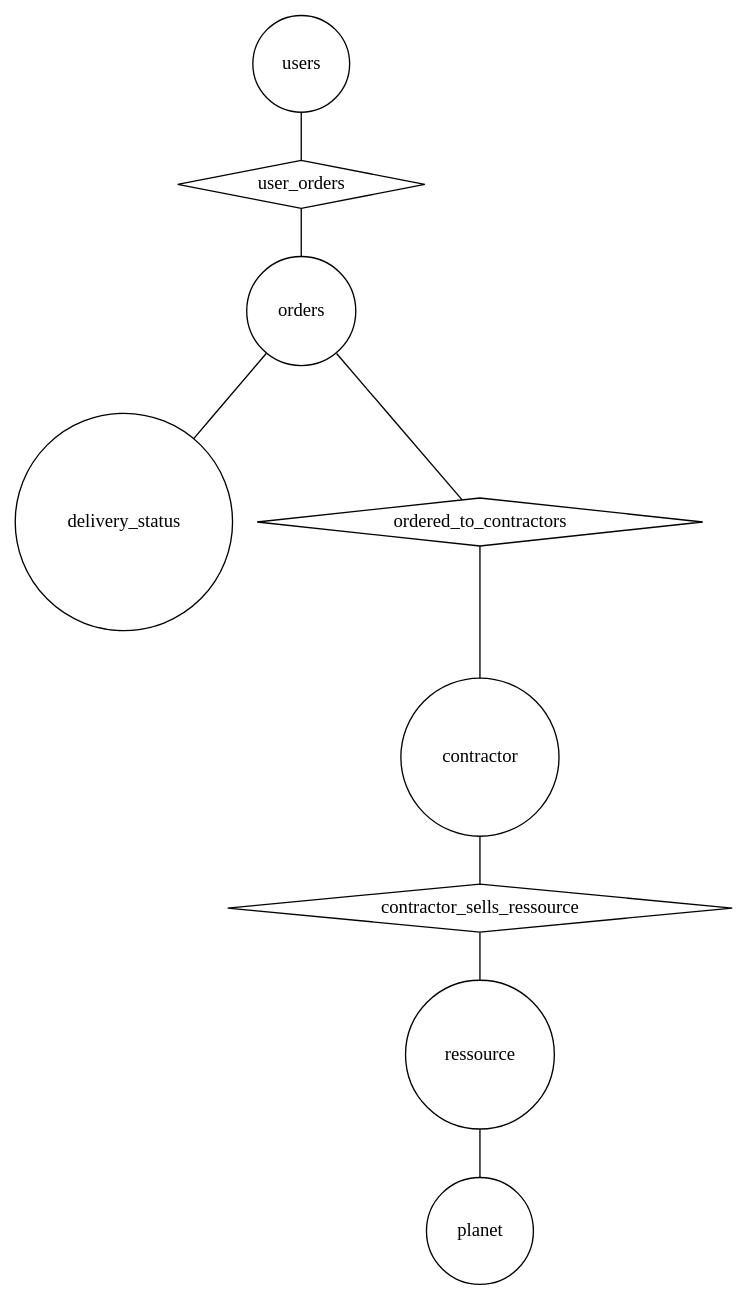
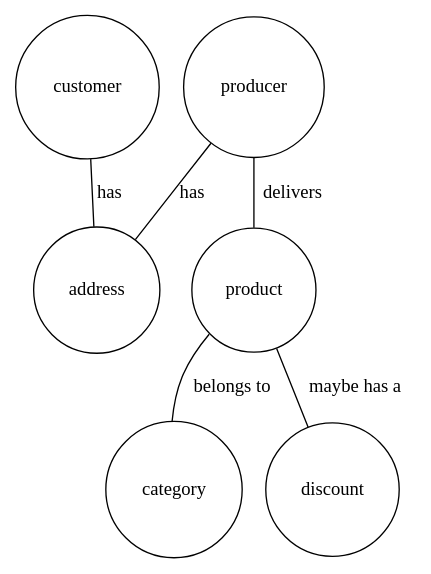
Before and after one commit to socra-sigl-2023/databases: the diagram in postgresql/docs/erd.dot, drawn with Graphviz. The commit also changed 16 other files, not shown here.

```diff
--- a/postgresql/docs/erd.dot
+++ b/postgresql/docs/erd.dot
@@ -1,29 +1,21 @@
 graph G {
 
     /**
-     * Tables and attributes def
+     * Entities
      */
-	"users" [shape=circle];
-	"orders" [shape=circle];
-    "delivery_status" [shape=circle];
-	"contractor" [shape=circle];
-	"ressource" [shape=circle];
-    "planet" [shape=circle];
-
-	"user_orders" [shape=diamond];
-    "ordered_to_contractors" [shape=diamond]; 
-	"contractor_sells_ressource" [shape=diamond];
+	"customer" [shape=circle];
+    "product" [shape=circle];
+	"producer" [shape=circle];
+    "category" [shape=circle];
+    "address" [shape=circle];
+    "discount" [shape=circle];
 
     /**
-     *  Relations between tables
+     *  Relations
      */
-    "users" -- "user_orders";
-    "user_orders" -- "orders";
-    "orders" -- "delivery_status";
-    "orders" -- "ordered_to_contractors";
-    "ordered_to_contractors" -- "contractor";
-    "contractor" -- "contractor_sells_ressource";
-    "contractor_sells_ressource" -- "ressource";
-    "ressource" -- "planet";
-    
+    "producer" -- "product" [ label="delivers" ];
+    "producer" -- "address" [ label="has" ];
+    "product" -- "discount" [ label="maybe has a" ];
+    "product" -- "category" [ label="belongs to" ];
+    "customer" -- "address" [ label="has" ];
 }
```
